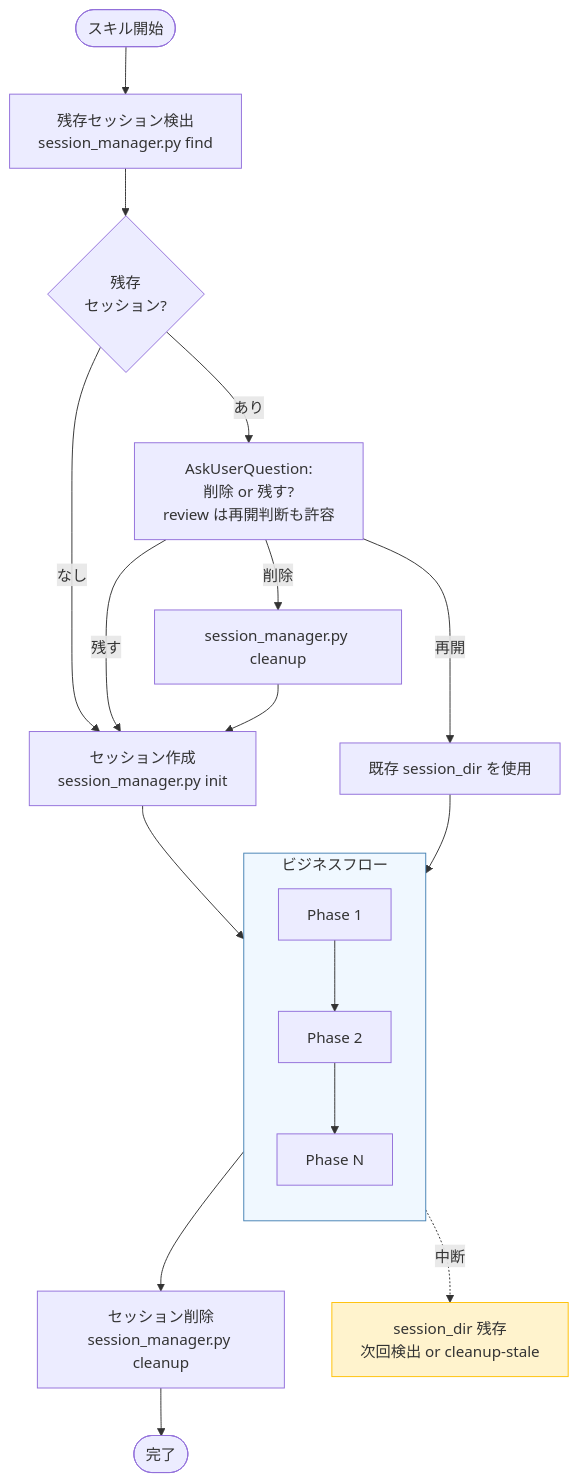
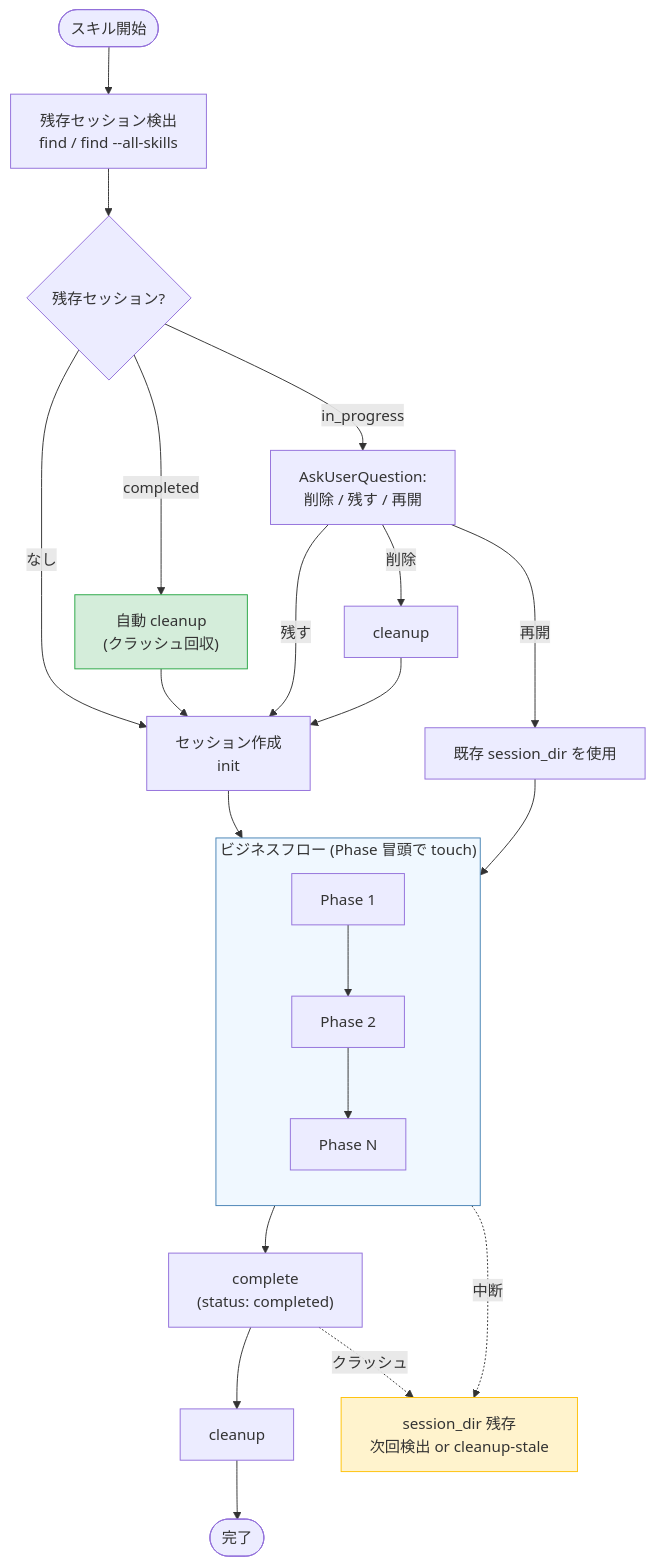
One commit to BlueEventHorizon/bw-cc-plugins changed the diagram in plugins/forge/docs/session_format.md. Above: the diagram before and after it, drawn with Mermaid. The commit also changed other lines of this file and 18 other files, not shown here.

First line of the commit message:
feat: complete forge session lifecycle with touch/complete/find --all-skills (#82, #83, #84)

````diff
--- a/plugins/forge/docs/session_format.md
+++ b/plugins/forge/docs/session_format.md
@@ -141,29 +141,33 @@
 ```mermaid
 flowchart TD
-    Start([スキル開始]) --> Detect[残存セッション検出<br/>session_manager.py find]
-    Detect --> Found{残存<br/>セッション?}
-    Found -->|なし| Create
-    Found -->|あり| Ask[AskUserQuestion:<br/>削除 or 残す?<br/>review は再開判断も許容]
-    Ask -->|再開| Reuse[既存 session_dir を使用]
-    Ask -->|削除| Cleanup[session_manager.py cleanup]
-    Ask -->|残す| Create
+    Start(["スキル開始"]) --> Detect["残存セッション検出<br/>find / find --all-skills"]
+    Detect --> Found{"残存セッション?"}
+    Found -->|"なし"| Create
+    Found -->|"completed"| AutoCleanup["自動 cleanup<br/>(クラッシュ回収)"]
+    Found -->|"in_progress"| Ask["AskUserQuestion:<br/>削除 / 残す / 再開"]
+    AutoCleanup --> Create
+    Ask -->|"再開"| Reuse["既存 session_dir を使用"]
+    Ask -->|"削除"| Cleanup["cleanup"]
+    Ask -->|"残す"| Create
     Cleanup --> Create
 
-    Create[セッション作成<br/>session_manager.py init] --> Phases
-
+    Create["セッション作成<br/>init"] --> Phases
     Reuse --> Phases
 
-    subgraph Phases [ビジネスフロー]
+    subgraph Phases ["ビジネスフロー (Phase 冒頭で touch)"]
         direction TB
-        P1[Phase 1] --> P2[Phase 2]
-        P2 --> PN[Phase N]
+        P1["Phase 1"] --> P2["Phase 2"]
+        P2 --> PN["Phase N"]
     end
 
-    Phases --> Delete[セッション削除<br/>session_manager.py cleanup]
-    Delete --> End([完了])
+    Phases --> Complete["complete<br/>(status: completed)"]
+    Complete --> Delete["cleanup"]
+    Delete --> EndNode(["完了"])
 
-    Phases -.->|中断| Remain[session_dir 残存<br/>次回検出 or cleanup-stale]
+    Phases -.->|"中断"| Remain["session_dir 残存<br/>次回検出 or cleanup-stale"]
+    Complete -.->|"クラッシュ"| Remain
 
     style Phases fill:#f0f8ff,stroke:#4682b4
     style Remain fill:#fff3cd,stroke:#ffc107
+    style AutoCleanup fill:#d4edda,stroke:#28a745
 ```
````
